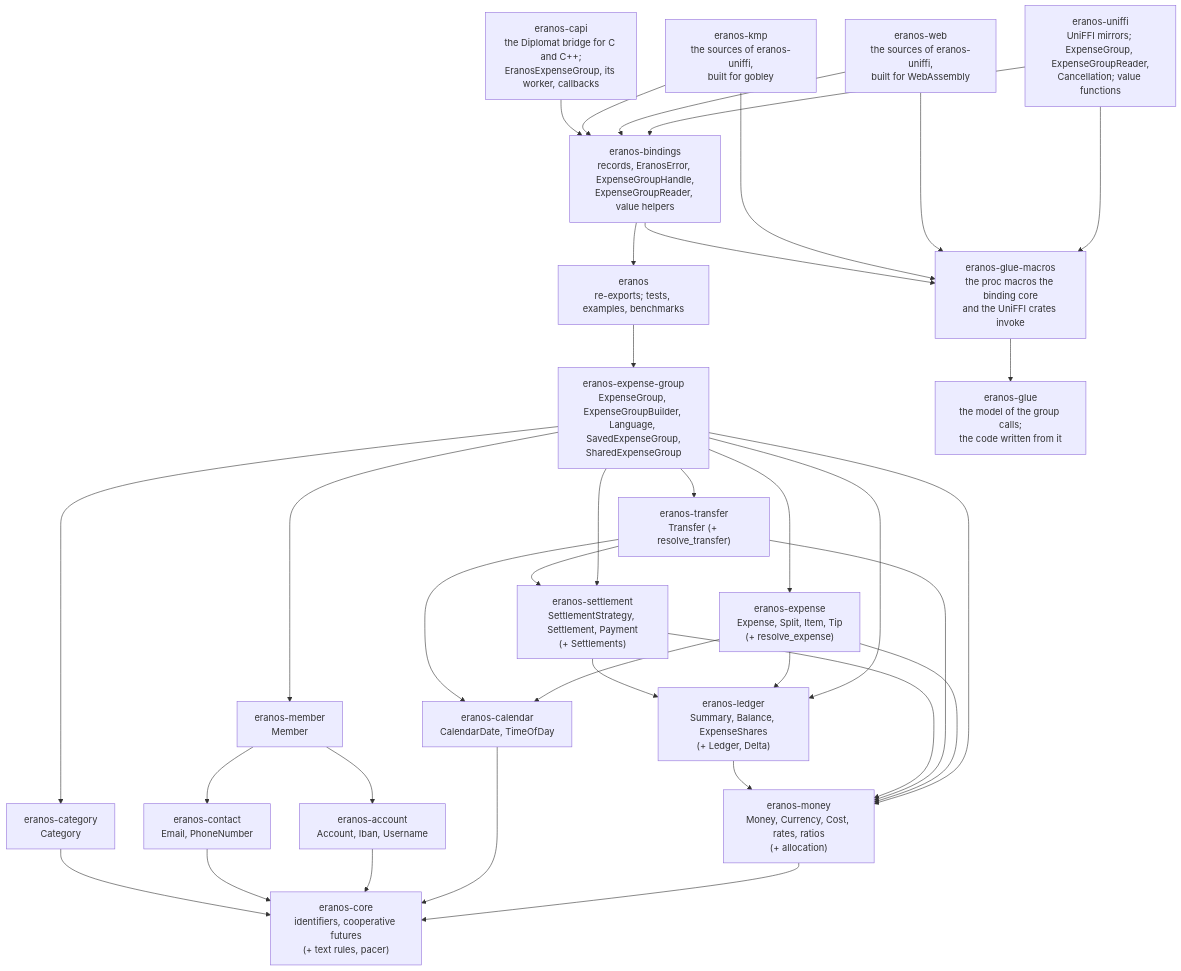
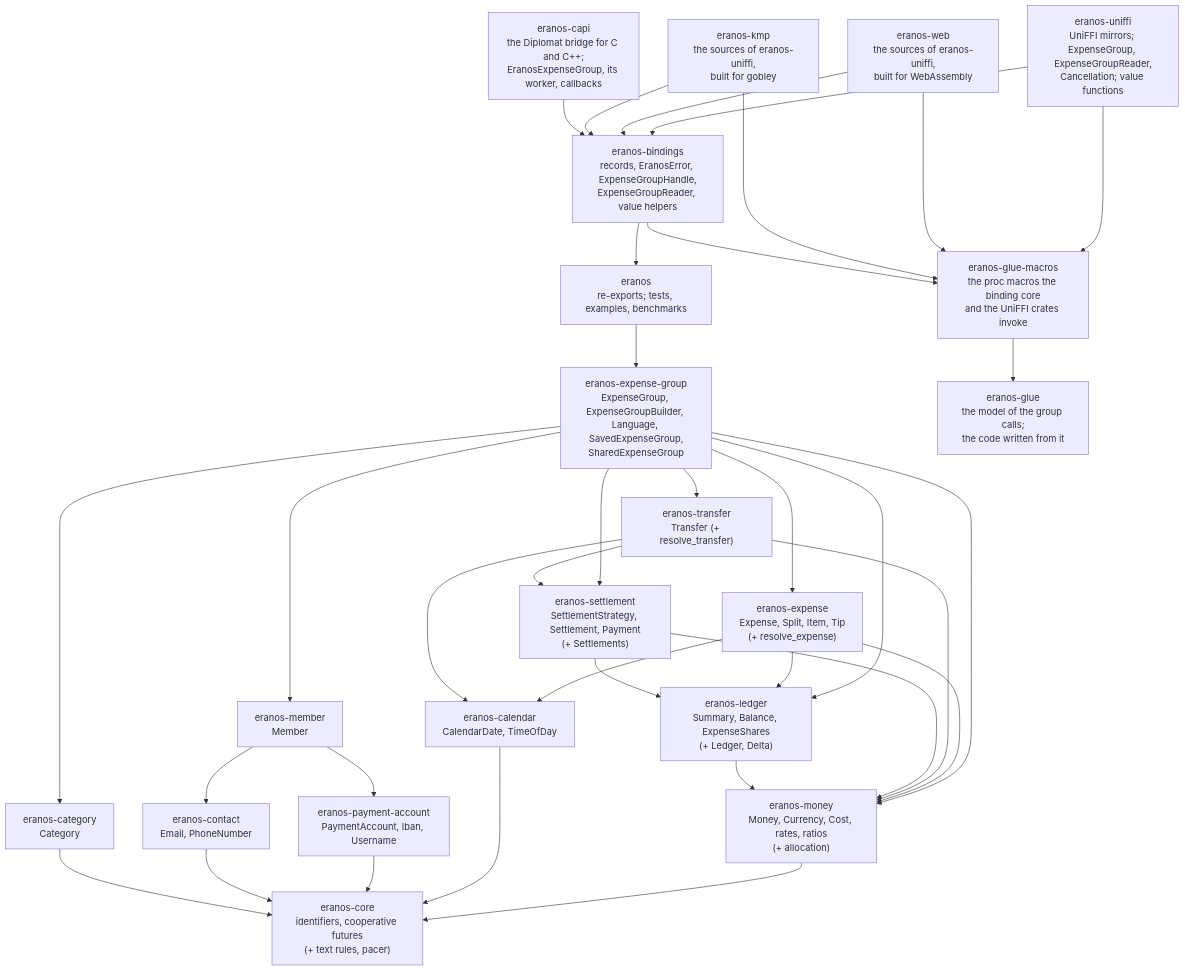
Before and after one commit to cristiancristea00/eranos: the first of 3 diagrams in docs/ARCHITECTURE.md, drawn with Mermaid. The commit also changed other lines of this file and 112 other files, not shown here.

````diff
--- a/docs/ARCHITECTURE.md
+++ b/docs/ARCHITECTURE.md
@@ -86,57 +86,57 @@
 ```mermaid
 flowchart TD
     UNIFFI["eranos-uniffi<br/>UniFFI mirrors; ExpenseGroup, ExpenseGroupReader,<br/>Cancellation; value functions"]
     WEB["eranos-web<br/>the sources of eranos-uniffi,<br/>built for WebAssembly"]
     KMP["eranos-kmp<br/>the sources of eranos-uniffi,<br/>built for gobley"]
     CAPI["eranos-capi<br/>the Diplomat bridge for C and C++;<br/>EranosExpenseGroup, its worker, callbacks"]
     BINDINGS["eranos-bindings<br/>records, EranosError, ExpenseGroupHandle,<br/>ExpenseGroupReader, value helpers"]
     FACADE["eranos<br/>re-exports; tests, examples, benchmarks"]
     EXPENSE_GROUP["eranos-expense-group<br/>ExpenseGroup, ExpenseGroupBuilder, Language, SavedExpenseGroup,<br/>SharedExpenseGroup"]
     EXPENSE["eranos-expense<br/>Expense, Split, Item, Tip<br/>(+ resolve_expense)"]
     TRANSFER["eranos-transfer<br/>Transfer (+ resolve_transfer)"]
     MEMBER["eranos-member<br/>Member"]
     CATEGORY["eranos-category<br/>Category"]
     SETTLEMENT["eranos-settlement<br/>SettlementStrategy, Settlement, Payment<br/>(+ Settlements)"]
-    ACCOUNT["eranos-account<br/>Account, Iban, Username"]
+    PAYMENT_ACCOUNT["eranos-payment-account<br/>PaymentAccount, Iban, Username"]
     CONTACT["eranos-contact<br/>Email, PhoneNumber"]
     LEDGER["eranos-ledger<br/>Summary, Balance, ExpenseShares<br/>(+ Ledger, Delta)"]
     CALENDAR["eranos-calendar<br/>CalendarDate, TimeOfDay"]
     MONEY["eranos-money<br/>Money, Currency, Cost, rates, ratios<br/>(+ allocation)"]
     CORE["eranos-core<br/>identifiers, cooperative futures<br/>(+ text rules, pacer)"]
     MACROS["eranos-glue-macros<br/>the proc macros the binding core<br/>and the UniFFI crates invoke"]
     GLUE["eranos-glue<br/>the model of the group calls;<br/>the code written from it"]
     UNIFFI --> BINDINGS
     WEB --> BINDINGS
     KMP --> BINDINGS
     UNIFFI --> MACROS
     WEB --> MACROS
     KMP --> MACROS
     CAPI --> BINDINGS
     BINDINGS --> FACADE
     BINDINGS --> MACROS
     MACROS --> GLUE
     FACADE --> EXPENSE_GROUP
     EXPENSE_GROUP --> EXPENSE
     EXPENSE_GROUP --> TRANSFER
     EXPENSE_GROUP --> MEMBER
     EXPENSE_GROUP --> CATEGORY
     EXPENSE_GROUP --> SETTLEMENT
     EXPENSE_GROUP --> LEDGER
     EXPENSE_GROUP --> MONEY
     EXPENSE --> LEDGER
     EXPENSE --> CALENDAR
     EXPENSE --> MONEY
     TRANSFER --> SETTLEMENT
     TRANSFER --> CALENDAR
     TRANSFER --> MONEY
-    MEMBER --> ACCOUNT
+    MEMBER --> PAYMENT_ACCOUNT
     MEMBER --> CONTACT
     SETTLEMENT --> LEDGER
     SETTLEMENT --> MONEY
     LEDGER --> MONEY
     MONEY --> CORE
     CALENDAR --> CORE
-    ACCOUNT --> CORE
+    PAYMENT_ACCOUNT --> CORE
     CONTACT --> CORE
     CATEGORY --> CORE
 ```
````
